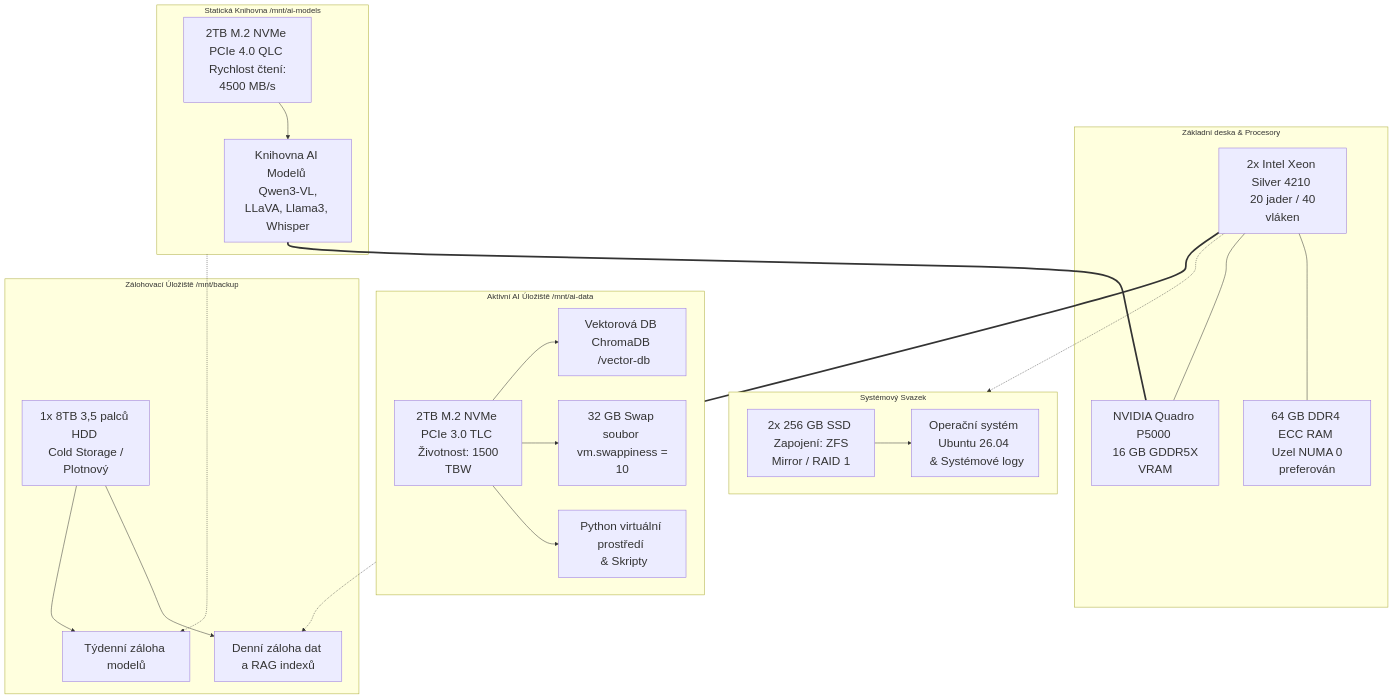
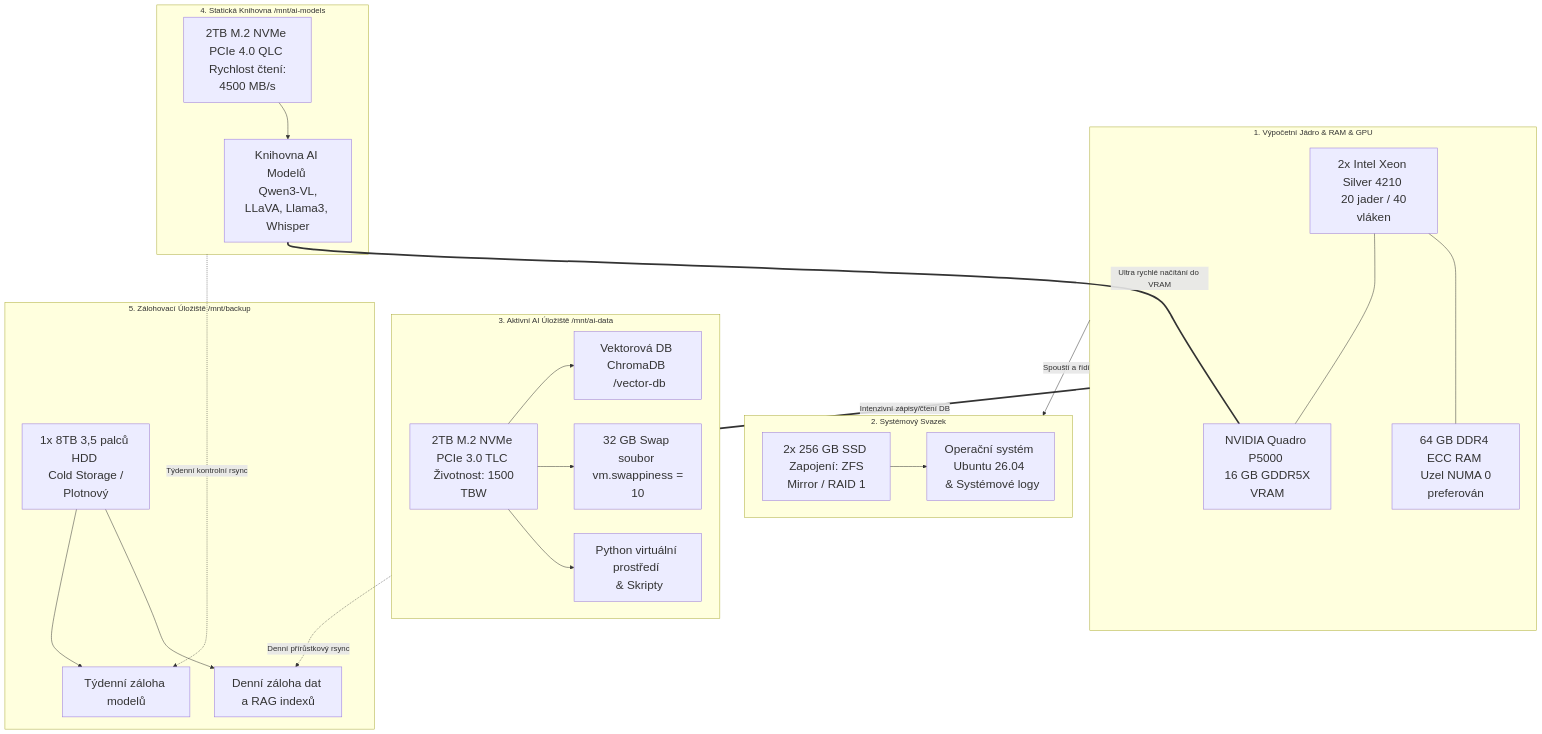
The first of 2 diagrams in markdown/qwen3-vl:8b-instruct.md (sysaio/wiki), drawn with Mermaid before and after one commit. The commit also changed other lines of this file, not shown here.

Commit message:
Revise hardware architecture diagram and descriptions
Updated the hardware architecture diagram and descriptions for Lenovo ThinkStation P720, enhancing clarity on component connections and data flow.

````diff
--- a/markdown/qwen3-vl:8b-instruct.md
+++ b/markdown/qwen3-vl:8b-instruct.md
@@ -584,63 +584,59 @@
 ```mermaid
 graph TD
-    %% Globální definice velikosti písma pro texty a propojení
+    %% Globální definice velikosti písma pro texty v blocích (2x větší)
     style Xeon font-size:24px
     style RAM font-size:24px
     style GPU font-size:24px
     style SYS_ZFS font-size:24px
     style OS_LOG font-size:24px
     style TLC font-size:24px
     style VDB font-size:24px
     style SWAP font-size:24px
     style VENV font-size:24px
     style QLC font-size:24px
     style MODELS font-size:24px
     style HDD font-size:24px
     style B_DATA font-size:24px
     style B_MOD font-size:24px
 
-    subgraph CPU_RAM [Základní deska & Procesory]
+    subgraph H_1 [1. Výpočetní Jádro & RAM & GPU]
         Xeon[2x Intel Xeon Silver 4210 <br> 20 jader / 40 vláken]
         RAM[64 GB DDR4 ECC RAM <br> Uzel NUMA 0 preferován]
         GPU[NVIDIA Quadro P5000 <br> 16 GB GDDR5X VRAM]
         Xeon --- RAM
         Xeon --- GPU
     end
 
-    subgraph OS_POOL [Systémový Svazek]
-        SYS_ZFS[2x 256 GB SSD <br> Zapojení: ZFS Mirror / RAID 1]
-        OS_LOG[Operační systém Ubuntu 26.04 <br> & Systémové logy]
-        SYS_ZFS --> OS_LOG
+    subgraph H_2 [2. Systémový Svazek]
+        SYS_ZFS[2x 256 GB SSD <br> Zapojení: ZFS Mirror / RAID 1] --> OS_LOG[Operační systém Ubuntu 26.04 <br> & Systémové logy]
     end
 
-    subgraph NVME_TLC [Aktivní AI Úložiště /mnt/ai-data]
+    subgraph H_3 [3. Aktivní AI Úložiště /mnt/ai-data]
         TLC[2TB M.2 NVMe PCIe 3.0 TLC <br> Životnost: 1500 TBW]
         VDB[Vektorová DB ChromaDB <br> /vector-db]
         SWAP[32 GB Swap soubor <br> vm.swappiness = 10]
         VENV[Python virtuální prostředí <br> & Skripty]
         TLC --> VDB
         TLC --> SWAP
         TLC --> VENV
     end
 
-    subgraph NVME_QLC [Statická Knihovna /mnt/ai-models]
-        QLC[2TB M.2 NVMe PCIe 4.0 QLC <br> Rychlost čtení: 4500 MB/s]
-        MODELS[Knihovna AI Modelů <br> Qwen3-VL, LLaVA, Llama3, Whisper]
-        QLC --> MODELS
+    subgraph H_4 [4. Statická Knihovna /mnt/ai-models]
+        QLC[2TB M.2 NVMe PCIe 4.0 QLC <br> Rychlost čtení: 4500 MB/s] --> MODELS[Knihovna AI Modelů <br> Qwen3-VL, LLaVA, Llama3, Whisper]
     end
 
-    subgraph BACKUP_POOL [Zálohovací Úložiště /mnt/backup]
+    subgraph H_5 [5. Zálohovací Úložiště /mnt/backup]
         HDD[1x 8TB 3,5 palců HDD <br> Cold Storage / Plotnový]
         B_DATA[Denní záloha dat a RAG indexů]
         B_MOD[Týdenní záloha modelů]
         HDD --> B_DATA
         HDD --> B_MOD
     end
 
-    %% Propojení toků dat
-    Xeon -.-> OS_POOL
-    Xeon === NVME_TLC
-    MODELS === GPU
-    NVME_TLC -.-> B_DATA
-    NVME_QLC -.-> B_MOD
+    %% Vertikální toky mezi vrstvami
+    H_1 -->|Spouští a řídí| H_2
+    H_1 ===|Intenzivní zápisy/čtení DB| H_3
+    MODELS ===|Ultra rychlé načítání do VRAM| GPU
+    H_3 -.->|Denní přírůstkový rsync| B_DATA
+    H_4 -.->|Týdenní kontrolní rsync| B_MOD
 ```
````
